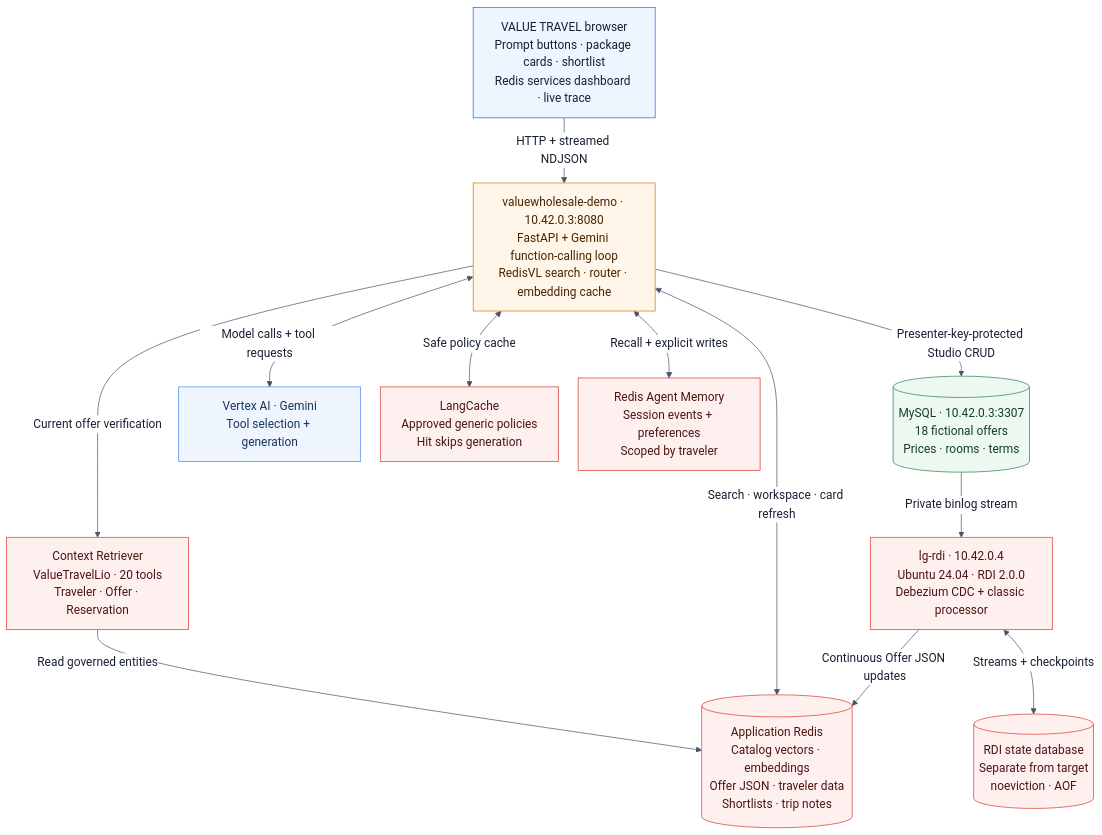
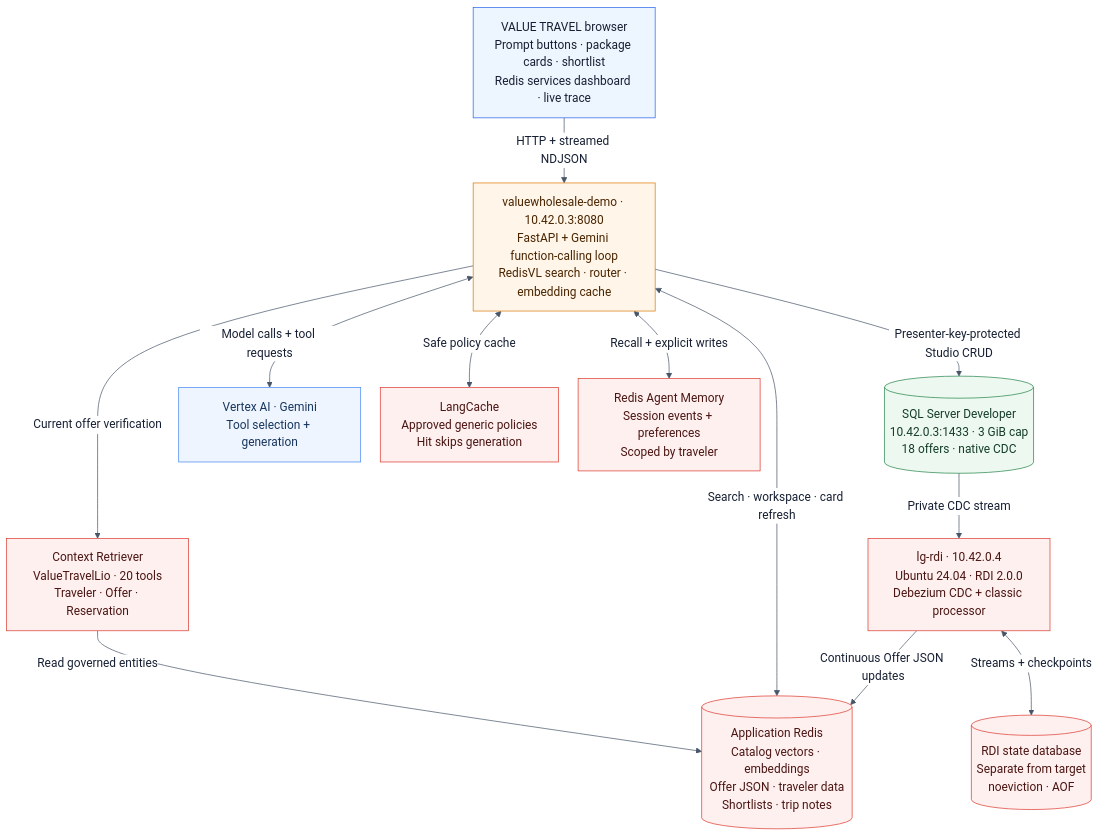
The diagram in docs/architecture.mmd (kaizer113/RedisTravelAgent), drawn with Mermaid before and after one commit. The commit also changed 29 other files, not shown here.

Commit message:
Replace MySQL with memory-limited SQL Server Developer and migrate RDI

```diff
--- a/docs/architecture.mmd
+++ b/docs/architecture.mmd
@@ -1,33 +1,33 @@
 %%{init: {"theme":"base","themeVariables":{"fontFamily":"Arial","fontSize":"17px","primaryTextColor":"#172033","lineColor":"#475569","edgeLabelBackground":"#ffffff"},"flowchart":{"curve":"basis","nodeSpacing":28,"rankSpacing":42}}}%%
 flowchart TB
   ui["VALUE TRAVEL browser<br/>Prompt buttons · package cards · shortlist<br/>Redis services dashboard · live trace"]
     app["valuewholesale-demo · 10.42.0.3:8080<br/>FastAPI + Gemini function-calling loop<br/>RedisVL search · router · embedding cache"]
-    mysql[("MySQL · 10.42.0.3:3307<br/>18 fictional offers<br/>Prices · rooms · terms")]
+    sqlserver[("SQL Server Developer<br/>10.42.0.3:1433 · 3 GiB cap<br/>18 offers · native CDC")]
     rdi["lg-rdi · 10.42.0.4<br/>Ubuntu 24.04 · RDI 2.0.0<br/>Debezium CDC + classic processor"]
-    mysql -->|Private binlog stream| rdi
+    sqlserver -->|Private CDC stream| rdi
   gemini["Vertex AI · Gemini<br/>Tool selection + generation"]
     lc["LangCache<br/>Approved generic policies<br/>Hit skips generation"]
     ram["Redis Agent Memory<br/>Session events + preferences<br/>Scoped by traveler"]
     ctx["Context Retriever<br/>ValueTravelLio · 20 tools<br/>Traveler · Offer · Reservation"]
     db[("Application Redis<br/>Catalog vectors · embeddings<br/>Offer JSON · traveler data<br/>Shortlists · trip notes")]
     state[("RDI state database<br/>Separate from target<br/>noeviction · AOF")]
     ctx -->|Read governed entities| db
   ui -->|HTTP + streamed NDJSON| app
-  app -->|Presenter-key-protected Studio CRUD| mysql
+  app -->|Presenter-key-protected Studio CRUD| sqlserver
   app <-->|Model calls + tool requests| gemini
   app <-->|Safe policy cache| lc
   app <-->|Recall + explicit writes| ram
   app -->|Current offer verification| ctx
   app <-->|Search · workspace · card refresh| db
   rdi -->|Continuous Offer JSON updates| db
   rdi <-->|Streams + checkpoints| state
   classDef client fill:#edf5ff,stroke:#2563eb,color:#172033
   classDef application fill:#fff5e8,stroke:#d97706,color:#4a2500
   classDef redis fill:#fff0f0,stroke:#dc382d,color:#4a1512
   classDef source fill:#edf9f0,stroke:#23834a,color:#153d29
   classDef google fill:#eef5ff,stroke:#4285f4,color:#17365d
   class ui client
   class app application
   class lc,ram,ctx,db,state,rdi redis
-  class mysql source
+  class sqlserver source
   class gemini google
```
